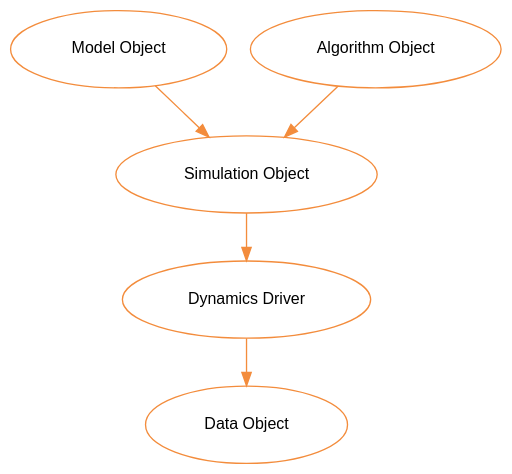
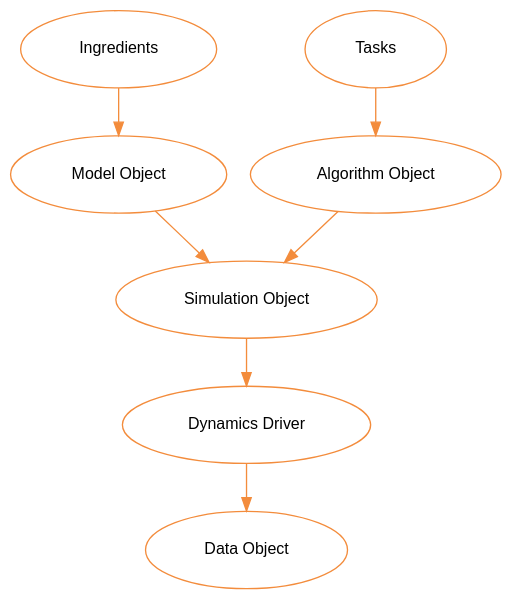
Before and after one commit to tempelaar-team/qclab-dev: the diagram in docs/interactive_docs/overview/overview.rst, drawn with Graphviz. The commit also changed 3 other files, not shown here.

```diff
--- a/docs/interactive_docs/overview/overview.rst
+++ b/docs/interactive_docs/overview/overview.rst
@@ -21,26 +21,30 @@
    .. graphviz::
 
       digraph flow {
         rankdir=TB;
         bgcolor="transparent";
 
         node [
           fontsize=12
           fontname="Helvetica, Arial, sans-serif"
           margin="0.3,0.2"
           style=filled
           fillcolor=white
           color="#f38c3c"
         ];
 
         sim   [label="Simulation Object", URL="../../user_guide/simulation.html"];
         model [label="Model Object",      URL="../../user_guide/models/models.html"];
         algo  [label="Algorithm Object",  URL="../../user_guide/algorithms/algorithms.html"];
         driver[label="Dynamics Driver",   URL="../../user_guide/drivers/drivers.html"];
         data  [label="Data Object",       URL="../../user_guide/data_object.html"];
+        ingredients [label="Ingredients", URL="../../user_guide/ingredients.html"];
+        tasks [label="Tasks", URL="../../user_guide/tasks.html"];
 
+        ingredients -> model [color="#f38c3c"];
+        tasks -> algo [color="#f38c3c"];
         model -> sim [color="#f38c3c"];
         algo  -> sim [color="#f38c3c"];
         sim   -> driver [color="#f38c3c"];
         driver-> data [color="#f38c3c"];
       }
```
